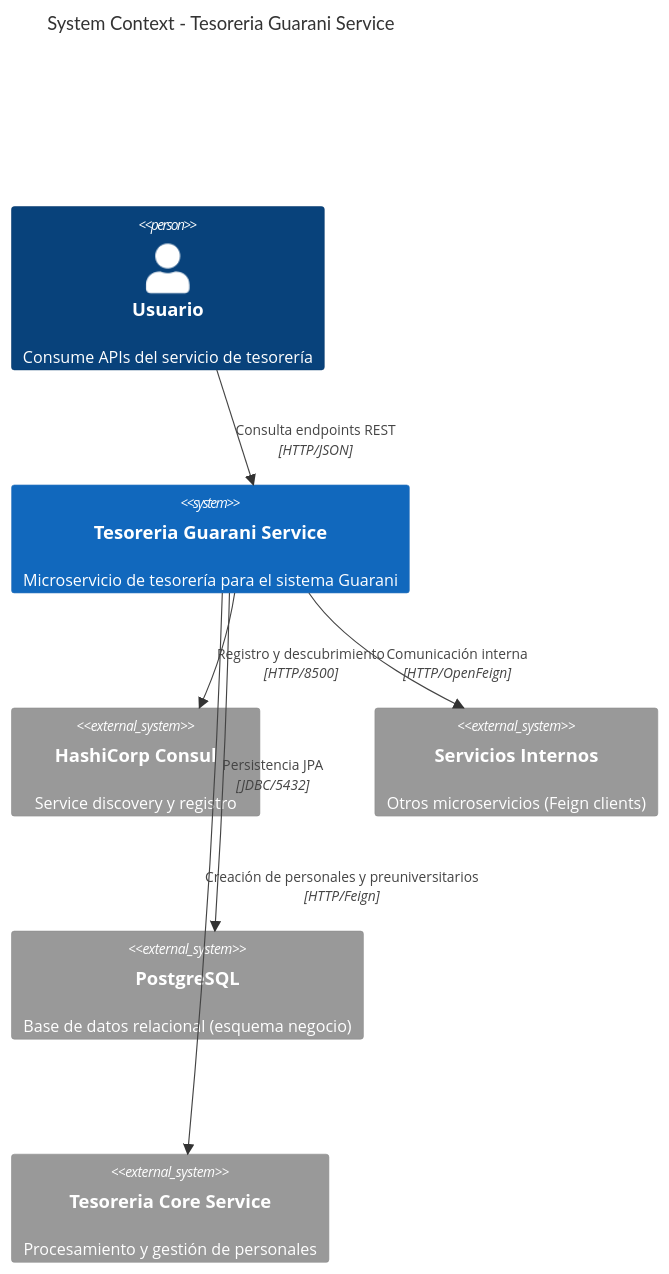
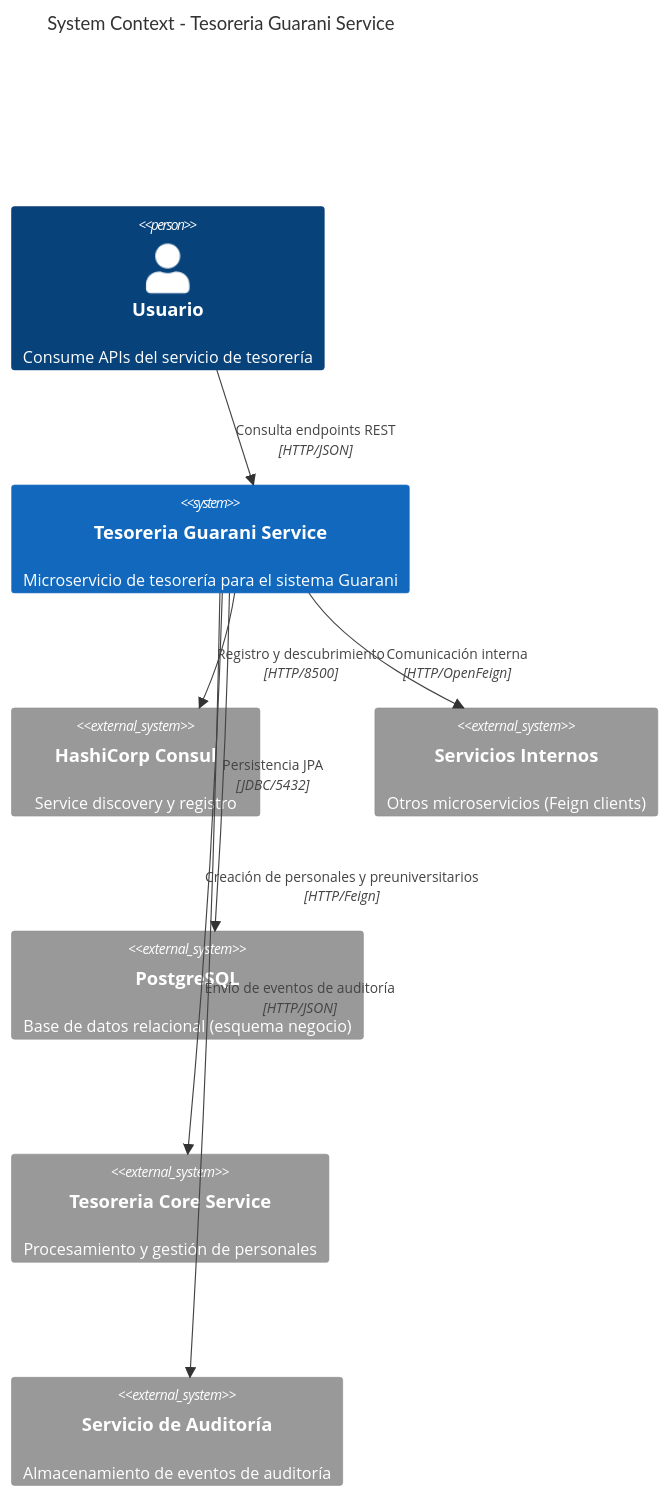
One commit to UM-services/UM.tesoreria.guarani-service changed the diagram in docs/diagrams/architecture.mmd. Above: the diagram before and after it, drawn with Mermaid. The commit also changed 23 other files, not shown here.

```diff
--- a/docs/diagrams/architecture.mmd
+++ b/docs/diagrams/architecture.mmd
@@ -1,17 +1,19 @@
 C4Context
     title System Context - Tesoreria Guarani Service
 
     Person(user, "Usuario", "Consume APIs del servicio de tesorería")
 
     System(guarani, "Tesoreria Guarani Service", "Microservicio de tesorería para el sistema Guarani")
 
     System_Ext(consul, "HashiCorp Consul", "Service discovery y registro")
     System_Ext(feign_clients, "Servicios Internos", "Otros microservicios (Feign clients)")
     System_Ext(postgresql, "PostgreSQL", "Base de datos relacional (esquema negocio)")
     System_Ext(core, "Tesoreria Core Service", "Procesamiento y gestión de personales")
+    System_Ext(audit, "Servicio de Auditoría", "Almacenamiento de eventos de auditoría")
 
     Rel(user, guarani, "Consulta endpoints REST", "HTTP/JSON")
     Rel(guarani, consul, "Registro y descubrimiento", "HTTP/8500")
     Rel(guarani, feign_clients, "Comunicación interna", "HTTP/OpenFeign")
     Rel(guarani, postgresql, "Persistencia JPA", "JDBC/5432")
     Rel(guarani, core, "Creación de personales y preuniversitarios", "HTTP/Feign")
+    Rel(guarani, audit, "Envío de eventos de auditoría", "HTTP/JSON")
```
